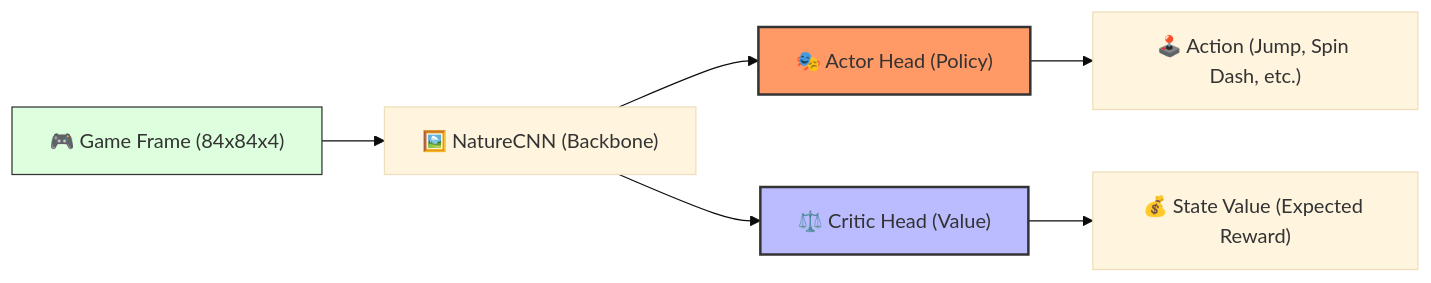
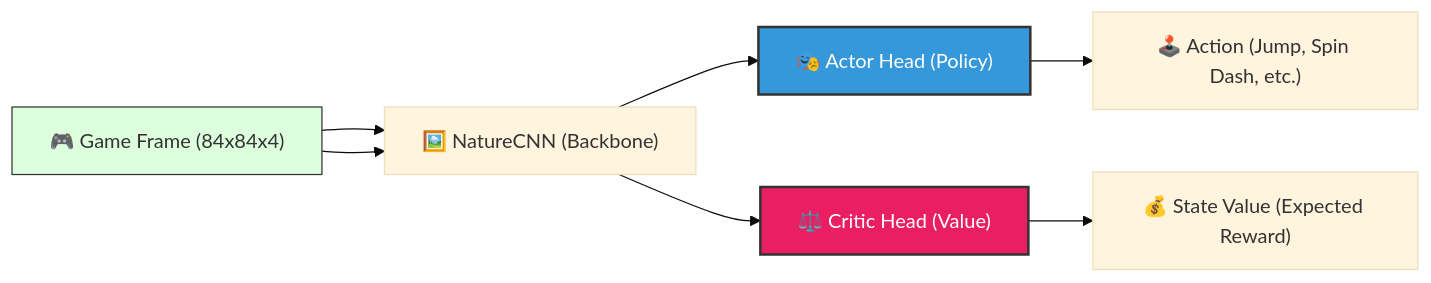
One commit to JensKohl/Sonic2_ReinforcementLearning changed the diagram in README.md. Above: the diagram before and after it, drawn with Mermaid (base theme). The commit also changed 1 other file, not shown here.

Commit message:
Final visual polish: Updated diagram colors and force-added victory video

````diff
--- a/README.md
+++ b/README.md
@@ -65,19 +65,20 @@
 ```mermaid
 graph LR
     input["🎮 Game Frame (84x84x4)"] 
     cnn["🖼️ NatureCNN (Backbone)"]
     actor["🎭 Actor Head (Policy)"]
     critic["⚖️ Critic Head (Value)"]
     action["🕹️ Action (Jump, Spin Dash, etc.)"]
     score["💰 State Value (Expected Reward)"]
 
     input --> cnn
+    input --> cnn
     cnn --> actor
     cnn --> critic
     actor --> action
     critic --> score
 
-    style actor fill:#f96,stroke:#333,stroke-width:2px
-    style critic fill:#bbf,stroke:#333,stroke-width:2px
+    style actor fill:#3498db,stroke:#333,stroke-width:2px,color:#fff
+    style critic fill:#e91e63,stroke:#333,stroke-width:2px,color:#fff
     style input fill:#dfd,stroke:#333
 ```
````
